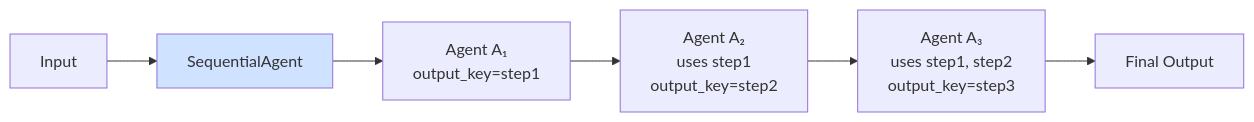
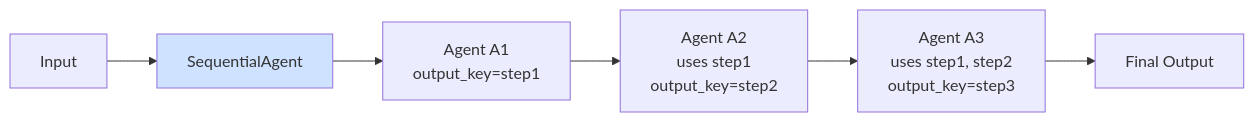
Diagram 29 of 37 in docs/10_UNIFIED_THEORY.md (xkrajnan/Agentic_Design_Patterns), drawn with Mermaid before and after one commit. The commit also changed other lines of this file, not shown here.

First line of the commit message:
Fix Mermaid diagram rendering by replacing Unicode subscripts

````diff
--- a/docs/10_UNIFIED_THEORY.md
+++ b/docs/10_UNIFIED_THEORY.md
@@ -1552,19 +1552,19 @@
 ```mermaid
 flowchart LR
     Input[Input]
     SA[SequentialAgent]
 
-    A1[Agent A₁<br/>output_key=step1]
-    A2[Agent A₂<br/>uses step1<br/>output_key=step2]
-    A3[Agent A₃<br/>uses step1, step2<br/>output_key=step3]
+    A1[Agent A1<br/>output_key=step1]
+    A2[Agent A2<br/>uses step1<br/>output_key=step2]
+    A3[Agent A3<br/>uses step1, step2<br/>output_key=step3]
 
     Output[Final Output]
 
     Input --> SA
     SA --> A1
     A1 --> A2
     A2 --> A3
     A3 --> Output
 
     style SA fill:#cfe2ff
 ```
````
